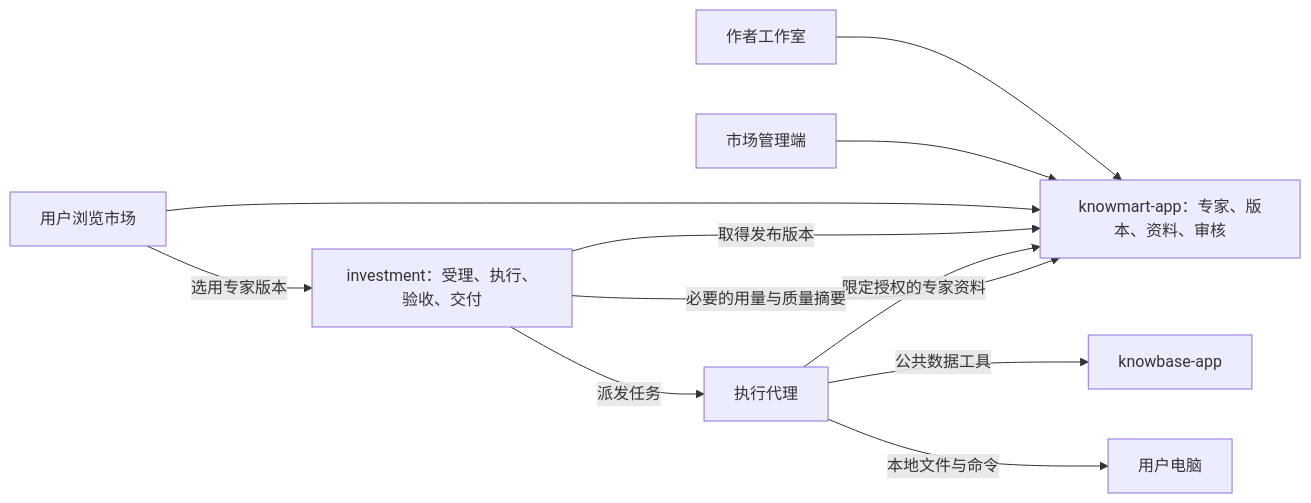
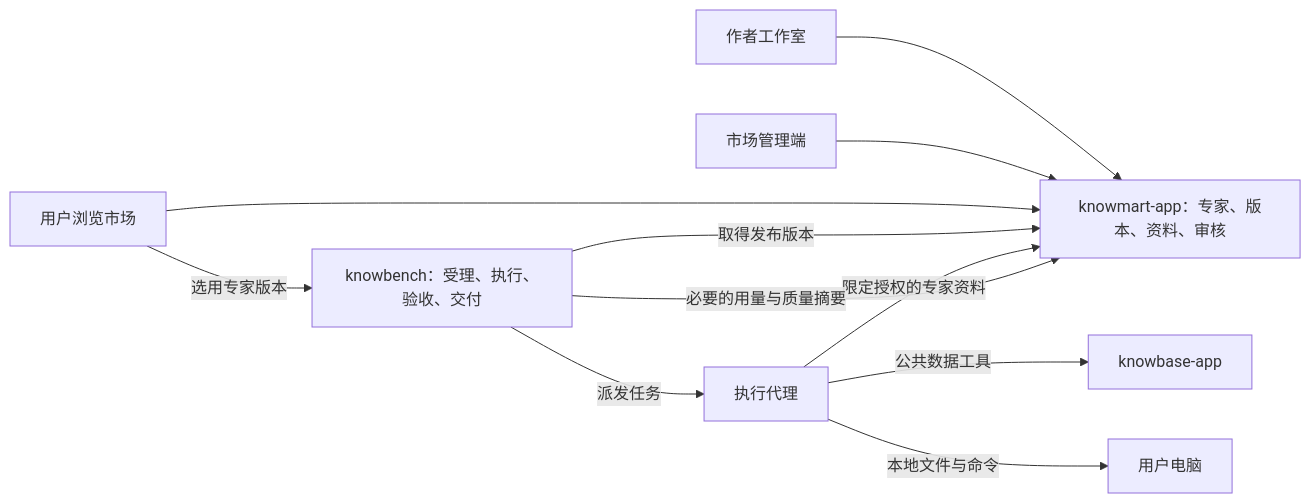
The diagram in docs/专家市场架构对比分析和借鉴.md (sunmoonlion/k8s), drawn with Mermaid before and after one commit. The commit also changed other lines of this file and 213 other files, not shown here.

First line of the commit message:
rename（0028 R1）：investment → knowbench、runtime 仓 → sunmoon-link

````diff
--- a/docs/专家市场架构对比分析和借鉴.md
+++ b/docs/专家市场架构对比分析和借鉴.md
@@ -99,13 +99,13 @@
 ```mermaid
 flowchart LR
     Author[作者工作室] --> Knowmart[knowmart-app：专家、版本、资料、审核]
     Admin[市场管理端] --> Knowmart
     Market[用户浏览市场] --> Knowmart
-    Market -->|选用专家版本| Investment[investment：受理、执行、验收、交付]
-    Investment -->|取得发布版本| Knowmart
-    Investment -->|派发任务| Agent[执行代理]
+    Market -->|选用专家版本| Knowbench[knowbench：受理、执行、验收、交付]
+    Knowbench -->|取得发布版本| Knowmart
+    Knowbench -->|派发任务| Agent[执行代理]
     Agent -->|限定授权的专家资料| Knowmart
     Agent -->|公共数据工具| Knowbase[knowbase-app]
     Agent -->|本地文件与命令| Local[用户电脑]
-    Investment -->|必要的用量与质量摘要| Knowmart
+    Knowbench -->|必要的用量与质量摘要| Knowmart
 ```
````
